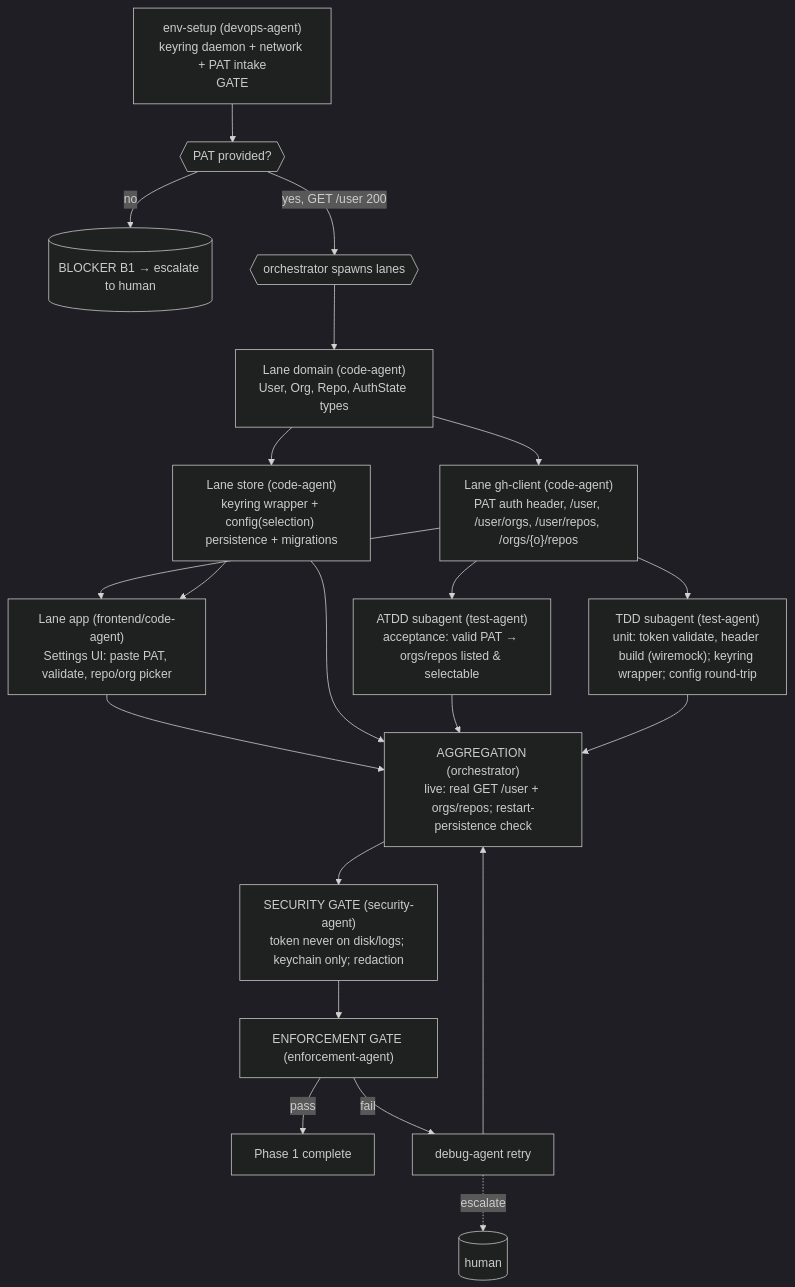
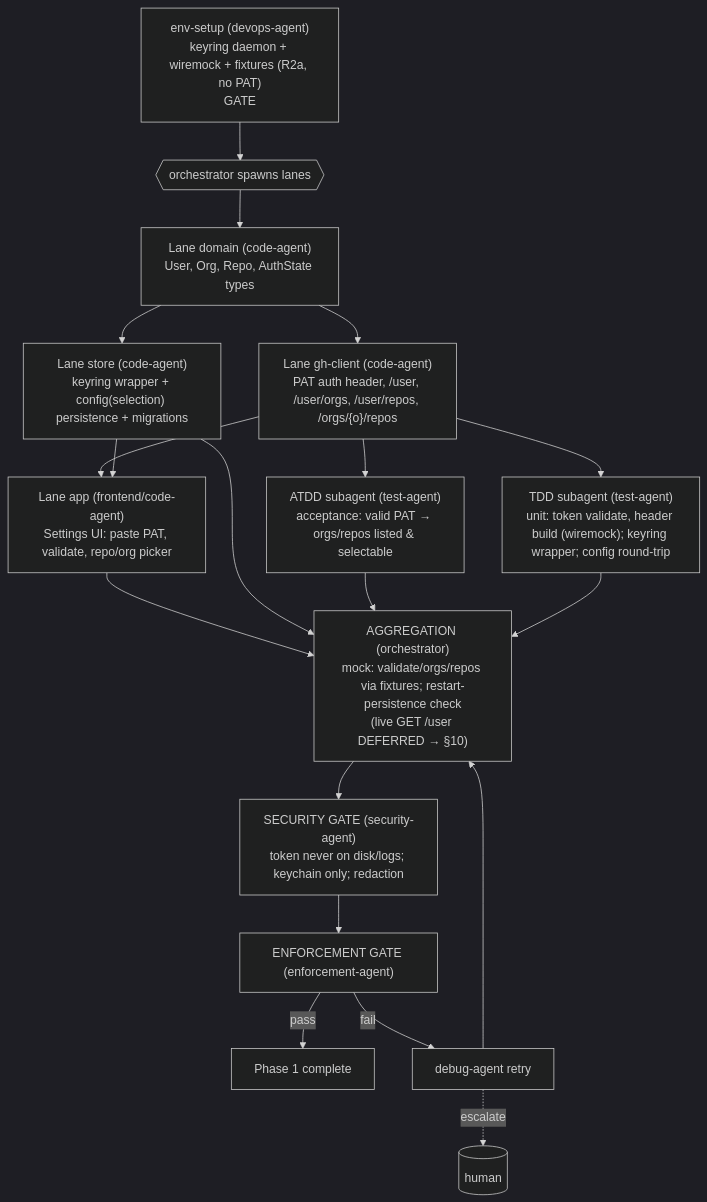
One commit to snoodleboot-io/alurtmee changed the diagram in planning/current/exec/PHASE-1.md. Above: the diagram before and after it, drawn with Mermaid (dark theme). The commit also changed other lines of this file and 10 other files, not shown here.

````diff
--- a/planning/current/exec/PHASE-1.md
+++ b/planning/current/exec/PHASE-1.md
@@ -30,25 +32,22 @@
 ```mermaid
 flowchart TD
-    ENVS["env-setup (devops-agent)\nkeyring daemon + network + PAT intake\nGATE"]
-    PAT{{"PAT provided?"}}
-    ENVS --> PAT
-    PAT -- no --> BLK[(BLOCKER B1 → escalate to human)]
-    PAT -- yes, GET /user 200 --> FORK{{orchestrator spawns lanes}}
+    ENVS["env-setup (devops-agent)\nkeyring daemon + wiremock + fixtures (R2a, no PAT)\nGATE"]
+    ENVS --> FORK{{orchestrator spawns lanes}}
 
     FORK --> DOM["Lane domain (code-agent)\nUser, Org, Repo, AuthState types"]
     DOM --> GHC["Lane gh-client (code-agent)\nPAT auth header, /user, /user/orgs, /user/repos, /orgs/{o}/repos"]
     DOM --> STO["Lane store (code-agent)\nkeyring wrapper + config(selection) persistence + migrations"]
     GHC --> APP["Lane app (frontend/code-agent)\nSettings UI: paste PAT, validate, repo/org picker"]
     STO --> APP
 
     GHC --> ATD["ATDD subagent (test-agent)\nacceptance: valid PAT → orgs/repos listed & selectable"]
     GHC --> TDD["TDD subagent (test-agent)\nunit: token validate, header build (wiremock); keyring wrapper; config round-trip"]
 
     APP --> AGG; STO --> AGG; ATD --> AGG; TDD --> AGG
-    AGG["AGGREGATION (orchestrator)\nlive: real GET /user + orgs/repos; restart-persistence check"] --> SEC["SECURITY GATE (security-agent)\ntoken never on disk/logs; keychain only; redaction"]
+    AGG["AGGREGATION (orchestrator)\nmock: validate/orgs/repos via fixtures; restart-persistence check\n(live GET /user DEFERRED → §10)"] --> SEC["SECURITY GATE (security-agent)\ntoken never on disk/logs; keychain only; redaction"]
     SEC --> ENF["ENFORCEMENT GATE (enforcement-agent)"]
     ENF -->|pass| DONE[Phase 1 complete]
     ENF -->|fail| DBG[debug-agent retry]
     DBG --> AGG
     DBG -.escalate.-> HUMAN[(human)]
 ```
````
